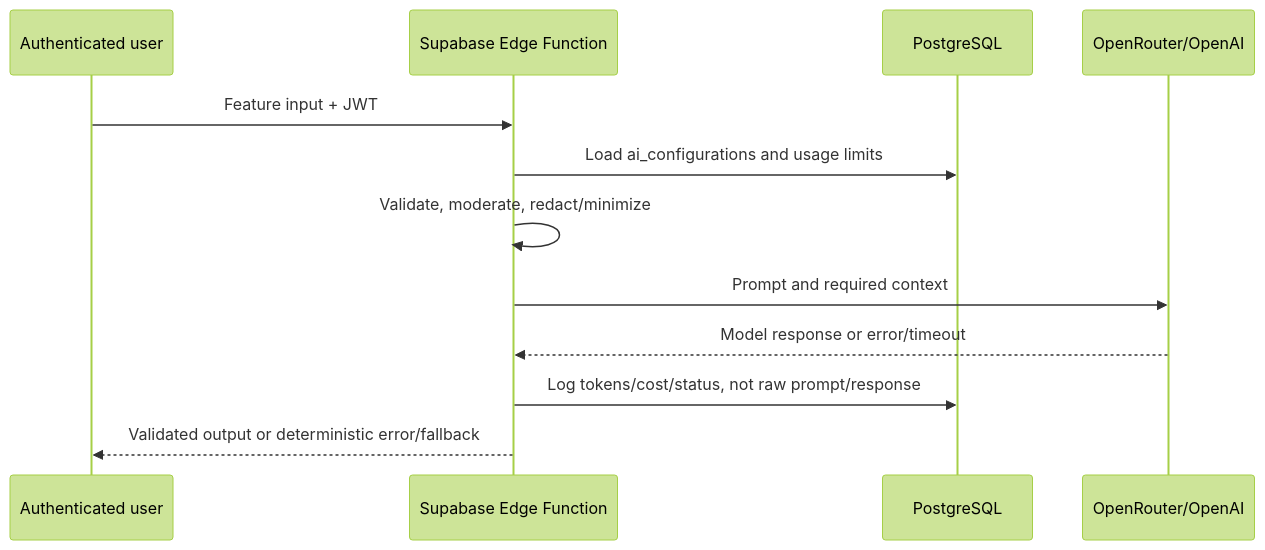
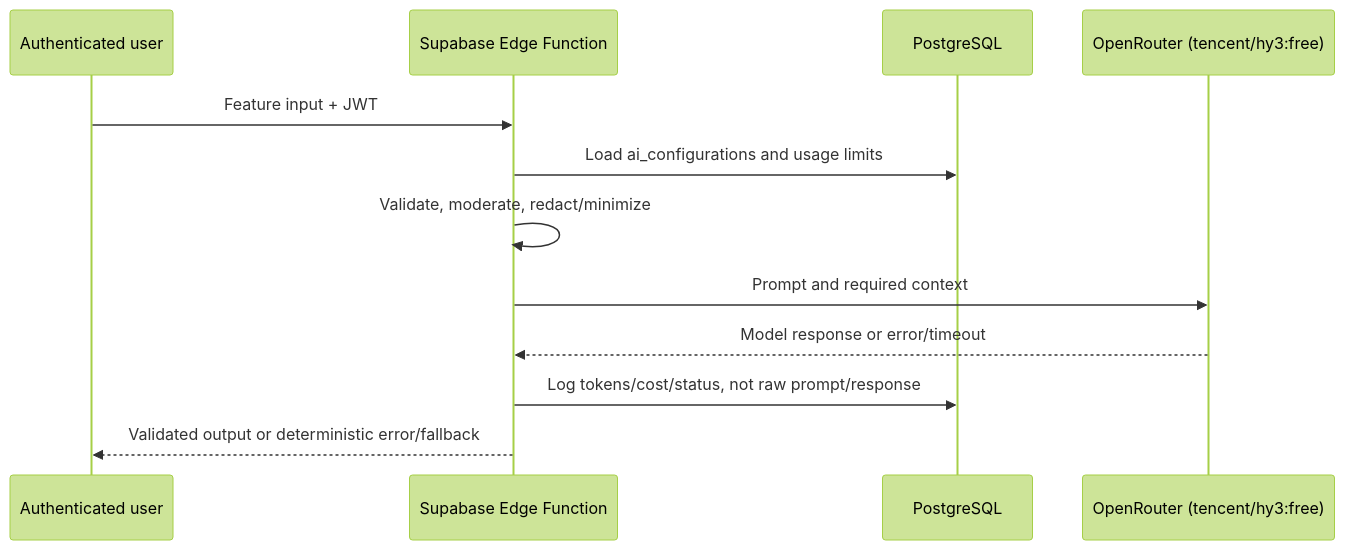
The tenth of 10 diagrams in docs/architecture.md (Jassim3nidad/venora), drawn with Mermaid (forest theme) before and after one commit. The commit also changed other lines of this file and 45 other files, not shown here.

````diff
--- a/docs/architecture.md
+++ b/docs/architecture.md
@@ -194,14 +194,14 @@
 ```mermaid
 sequenceDiagram
   participant U as Authenticated user
   participant E as Supabase Edge Function
   participant D as PostgreSQL
-  participant P as OpenRouter/OpenAI
+  participant P as OpenRouter (tencent/hy3:free)
   U->>E: Feature input + JWT
   E->>D: Load ai_configurations and usage limits
   E->>E: Validate, moderate, redact/minimize
   E->>P: Prompt and required context
   P-->>E: Model response or error/timeout
   E->>D: Log tokens/cost/status, not raw prompt/response
   E-->>U: Validated output or deterministic error/fallback
 ```
````
